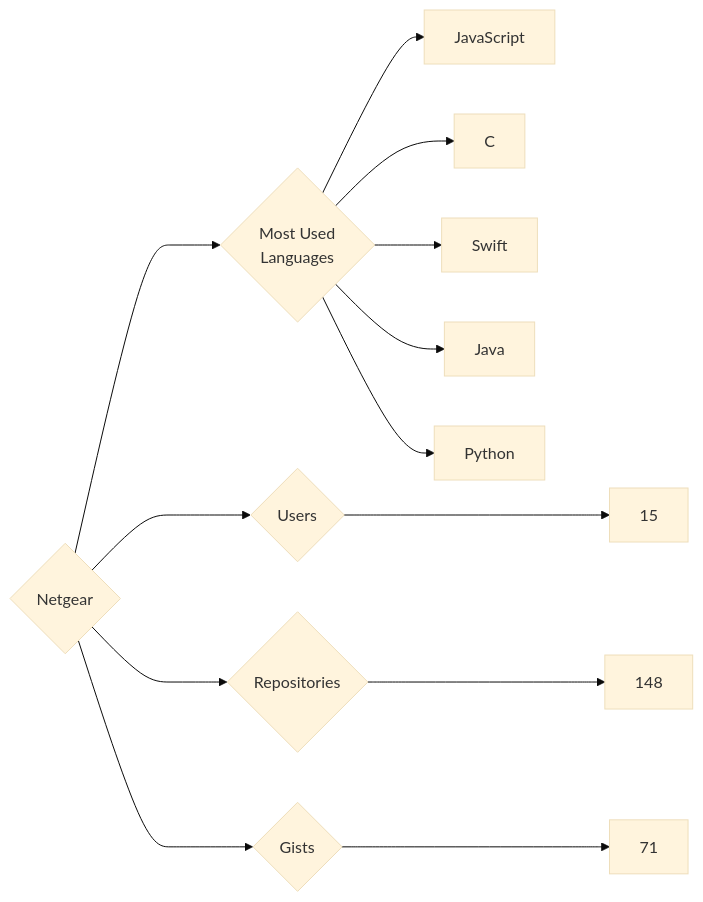
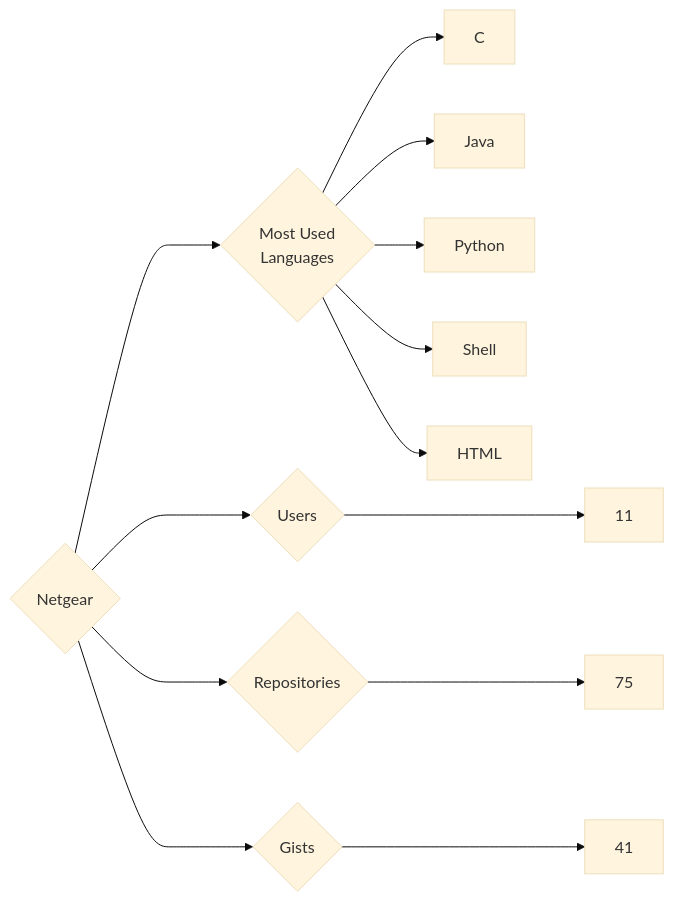
One commit to trickest/insiders changed the diagram in targets/Netgear/README.md. Above: the diagram before and after it, drawn with Mermaid (base theme). The commit also changed 995 other files, not shown here.

````diff
--- a/targets/Netgear/README.md
+++ b/targets/Netgear/README.md
@@ -3,13 +3,13 @@
 ```mermaid
 graph LR
 COMPANY_NAME{Netgear}
-COMPANY_NAME ---> U{Users} ---> UN[15]
-COMPANY_NAME ---> R{Repositories} ---> RN[148]
-COMPANY_NAME ---> G{Gists} ---> GN[71]
+COMPANY_NAME ---> U{Users} ---> UN[11]
+COMPANY_NAME ---> R{Repositories} ---> RN[75]
+COMPANY_NAME ---> G{Gists} ---> GN[41]
 COMPANY_NAME ---> ML{Most Used<br>Languages}
-ML --> JavaScript[JavaScript]
 ML --> C[C]
-ML --> Swift[Swift]
 ML --> Java[Java]
 ML --> Python[Python]
+ML --> Shell[Shell]
+ML --> HTML[HTML]
 ```
````
